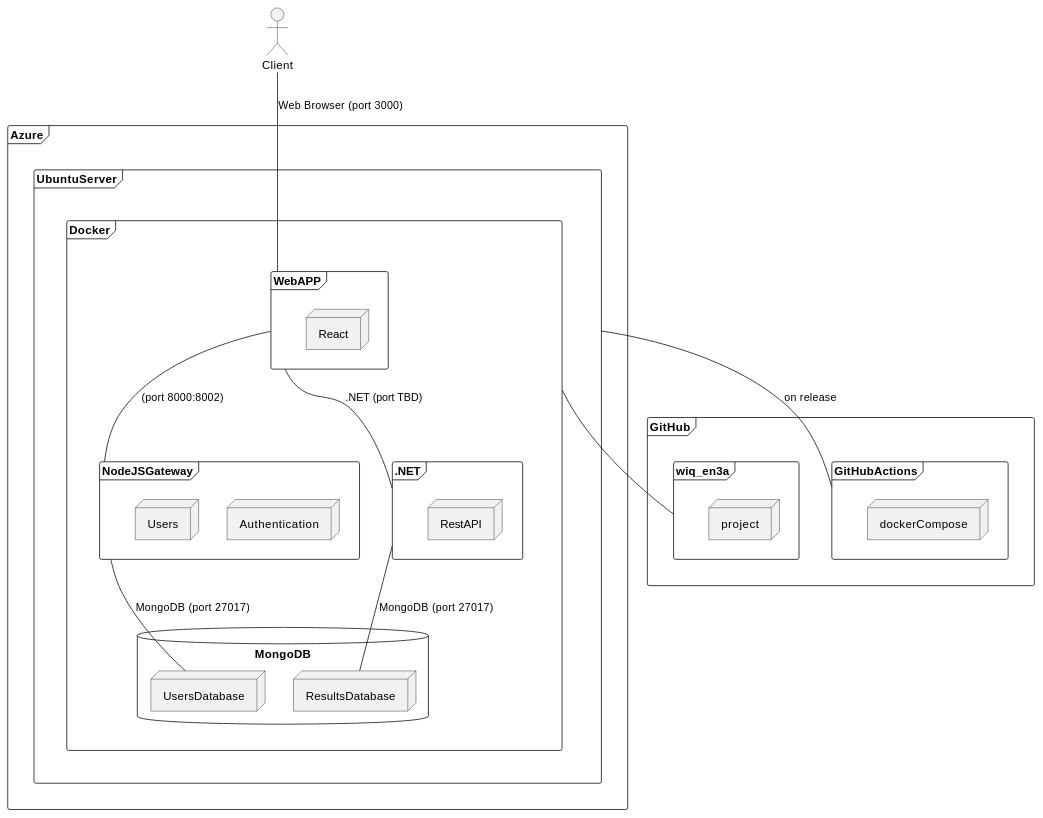
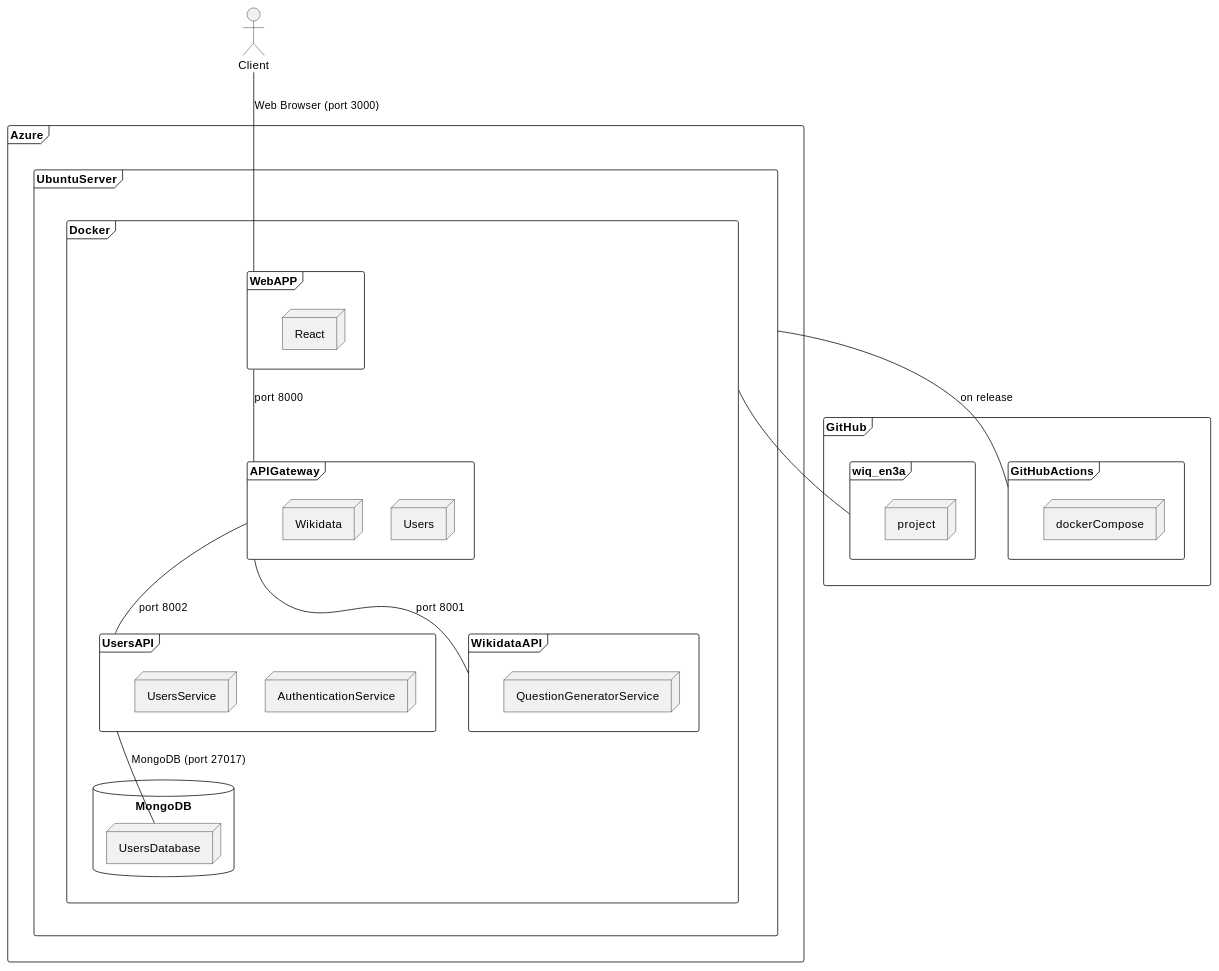
The diagram in docs/src/07_deployment_view.adoc (UO289930/wiq_en3a), drawn with PlantUML before and after one commit. The commit also changed other lines of this file and 1 other file, not shown here.

```diff
--- a/docs/src/07_deployment_view.adoc
+++ b/docs/src/07_deployment_view.adoc
@@ -98,52 +98,57 @@
 [plantuml, target=deployment-diagram, format=png]
 ....
 actor client as "Client"
 frame Azure {
     frame UbuntuServer {
         frame Docker {
 
 
             frame WebAPP {
                 node React
             }
 
-            frame NodeJSGateway {
-                node Authentication
+            frame APIGateway {
+                node Users
 
-                node Users
+                node Wikidata
             }
 
             database MongoDB {
                 node UsersDatabase
-
-                node ResultsDatabase
             }
 
-            frame .NET {
-                node RestAPI
+            frame UsersAPI {
+                node AuthenticationService
+
+                node UsersService
+            }
+
+            frame WikidataAPI {
+                node QuestionGeneratorService
             }
         }
     }
 }
 
 frame GitHub{
 
         frame GitHubActions{
             node dockerCompose
         }
 
         frame wiq_en3a{
             node project
         }
 
     }
 
-.NET -- ResultsDatabase : MongoDB (port 27017)
-NodeJSGateway -- UsersDatabase : MongoDB (port 27017)
-WebAPP -- NodeJSGateway : (port 8000:8002)
-WebAPP -- .NET : .NET (port TBD)
+
+WebAPP -- APIGateway : port 8000
+APIGateway -- WikidataAPI: port 8001
+APIGateway -- UsersAPI : port 8002
+UsersAPI -- UsersDatabase : MongoDB (port 27017)
 client -- WebAPP : Web Browser (port 3000)
 
 GitHubActions -- UbuntuServer : on release
 Docker -- wiq_en3a
 ....
```
